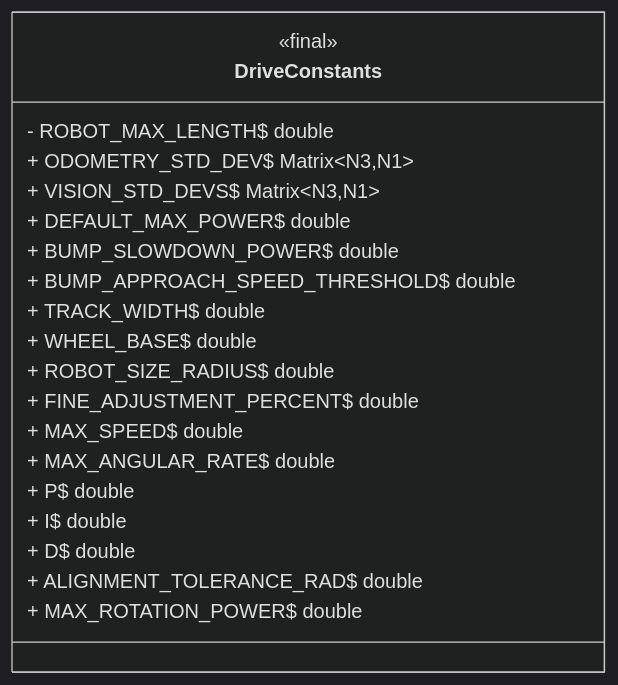
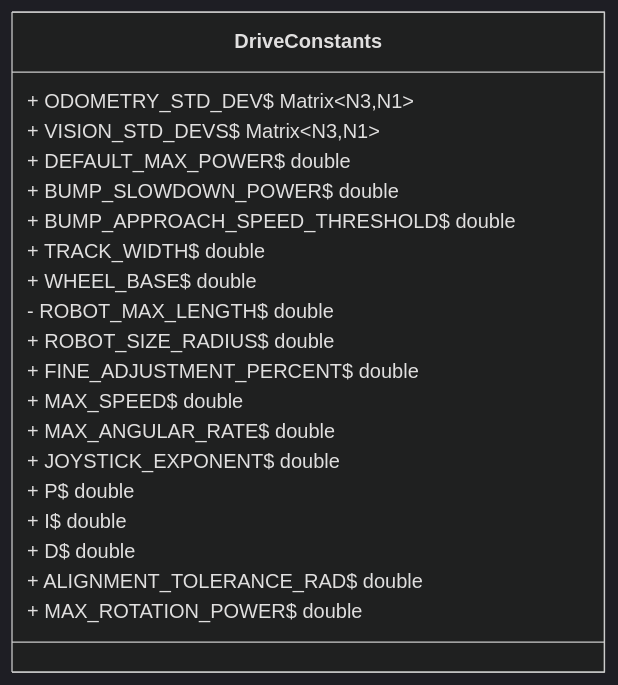
Before and after one commit to LakotaRobotics1038/2026RobotProject: the diagram in src/uml/frc/robot/constants/DriveConstants.mmd, drawn with Mermaid (dark theme). The commit also changed 78 other files, not shown here.

Commit message:
Update uml

```diff
--- a/src/uml/frc/robot/constants/DriveConstants.mmd
+++ b/src/uml/frc/robot/constants/DriveConstants.mmd
@@ -1,23 +1,23 @@
 classDiagram
   direction LR
 
   class DriveConstants {
-    <<final>>
-    - ROBOT_MAX_LENGTH$ double
     + ODOMETRY_STD_DEV$ Matrix~N3,N1~
     + VISION_STD_DEVS$ Matrix~N3,N1~
     + DEFAULT_MAX_POWER$ double
     + BUMP_SLOWDOWN_POWER$ double
     + BUMP_APPROACH_SPEED_THRESHOLD$ double
     + TRACK_WIDTH$ double
     + WHEEL_BASE$ double
+    - ROBOT_MAX_LENGTH$ double
     + ROBOT_SIZE_RADIUS$ double
     + FINE_ADJUSTMENT_PERCENT$ double
     + MAX_SPEED$ double
     + MAX_ANGULAR_RATE$ double
+    + JOYSTICK_EXPONENT$ double
     + P$ double
     + I$ double
     + D$ double
     + ALIGNMENT_TOLERANCE_RAD$ double
     + MAX_ROTATION_POWER$ double
   }
```
